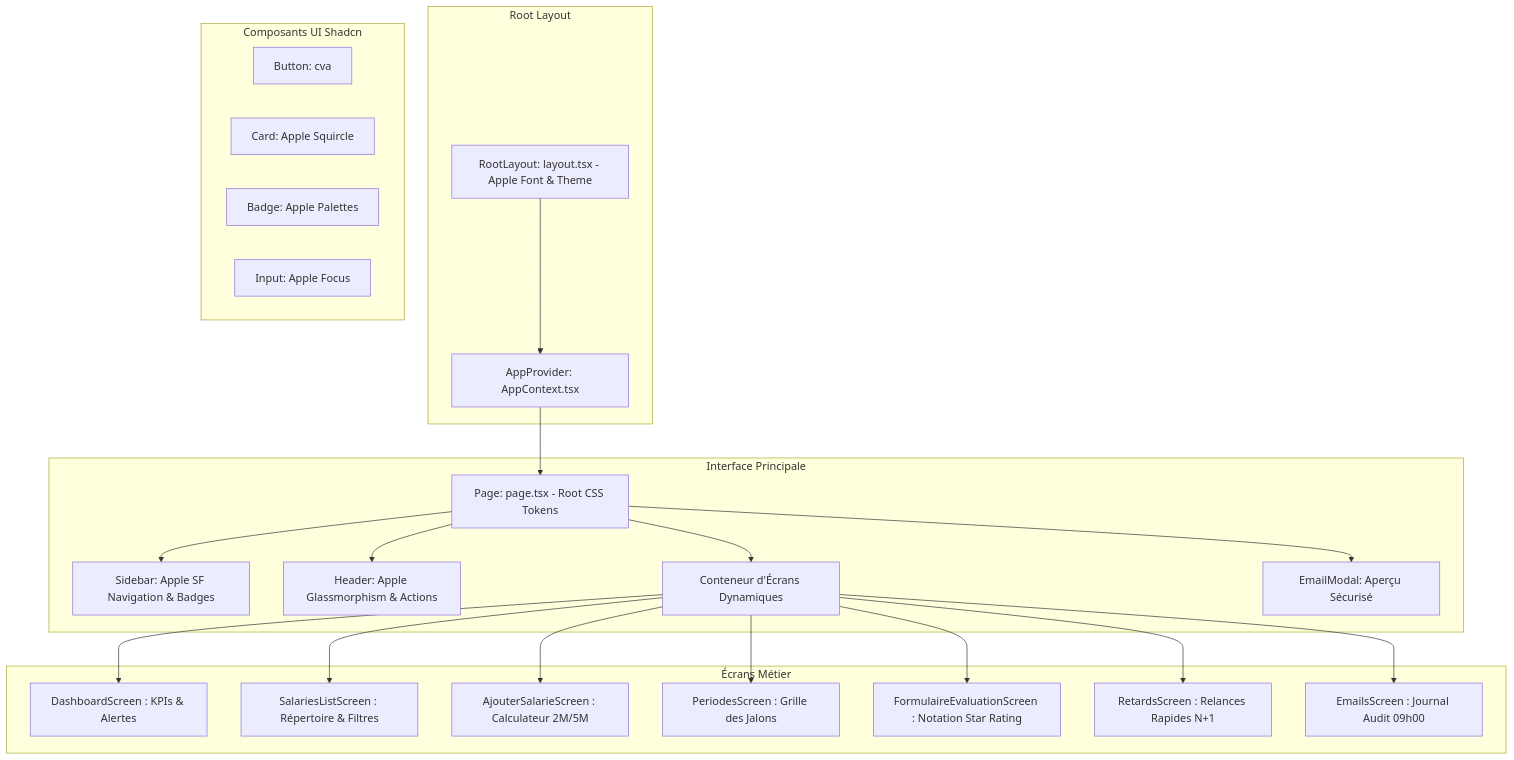
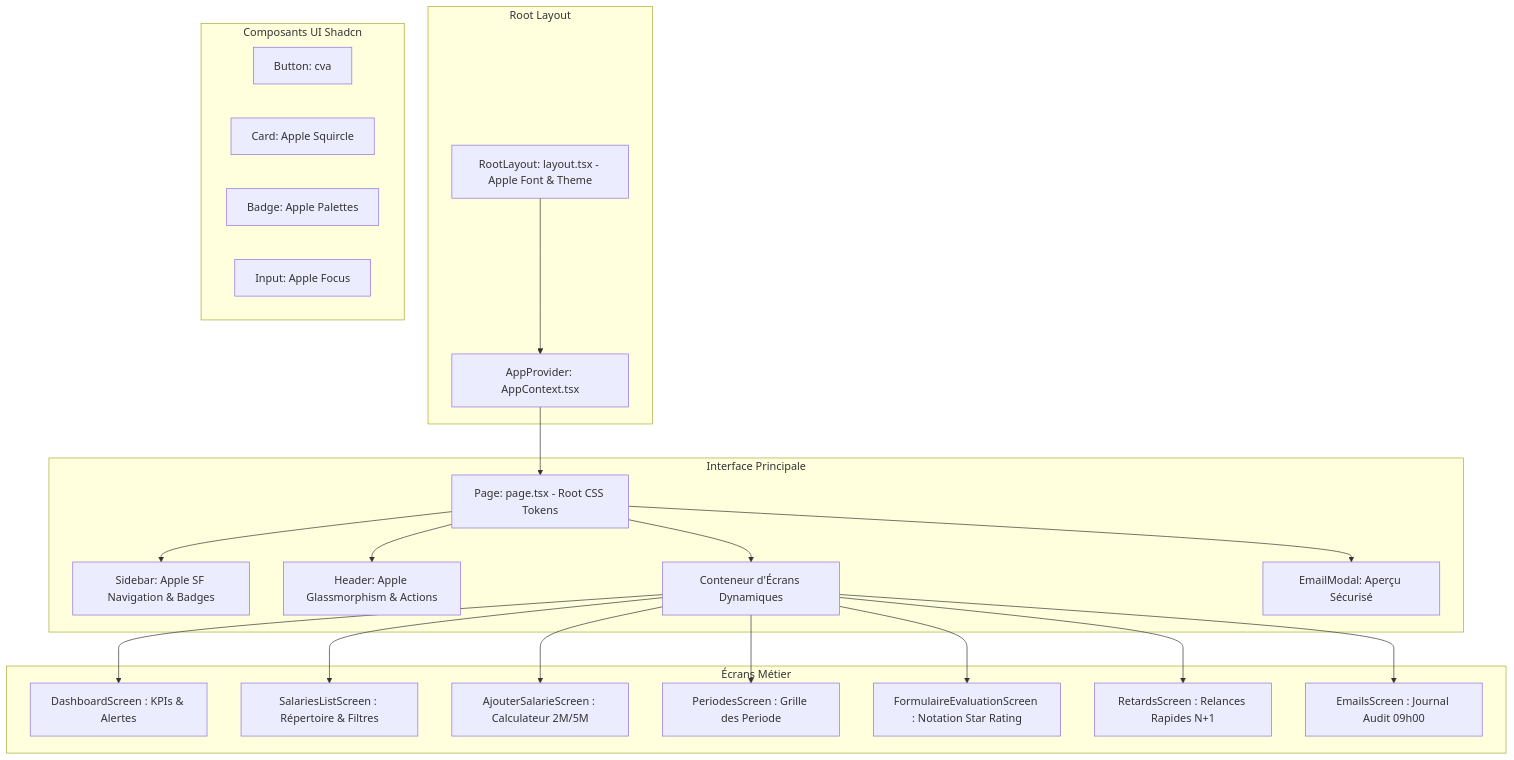
Before and after one commit to ImaneElla/AuditEssai_RH: the diagram in DOCUMENTATION_TECHNIQUE.md, drawn with Mermaid. The commit also changed other lines of this file and 12 other files, not shown here.

````diff
--- a/DOCUMENTATION_TECHNIQUE.md
+++ b/DOCUMENTATION_TECHNIQUE.md
@@ -190,31 +190,31 @@
 ```mermaid
 flowchart TD
     subgraph Root Layout
         A[RootLayout: layout.tsx - Apple Font & Theme] --> B[AppProvider: AppContext.tsx]
     end
 
     subgraph Interface Principale
         B --> C[Page: page.tsx - Root CSS Tokens]
         C --> D[Sidebar: Apple SF Navigation & Badges]
         C --> E[Header: Apple Glassmorphism & Actions]
         C --> F[Conteneur d'Écrans Dynamiques]
         C --> M[EmailModal: Aperçu Sécurisé]
     end
 
     subgraph Composants UI Shadcn
         U1[Button: cva]
         U2[Card: Apple Squircle]
         U3[Badge: Apple Palettes]
         U4[Input: Apple Focus]
     end
 
     subgraph Écrans Métier
         F --> G1[DashboardScreen : KPIs & Alertes]
         F --> G2[SalariesListScreen : Répertoire & Filtres]
         F --> G3[AjouterSalarieScreen : Calculateur 2M/5M]
-        F --> G4[PeriodesScreen : Grille des Jalons]
+        F --> G4[PeriodesScreen : Grille des Periode]
         F --> G5[FormulaireEvaluationScreen : Notation Star Rating]
         F --> G6[RetardsScreen : Relances Rapides N+1]
         F --> G7[EmailsScreen : Journal Audit 09h00]
     end
 ```
````
